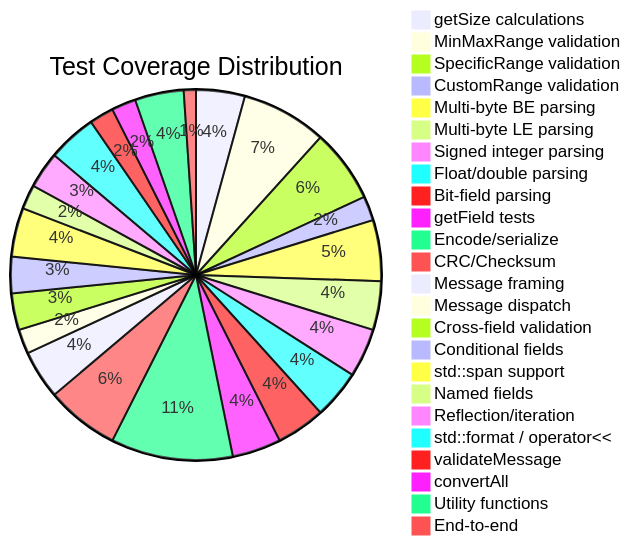
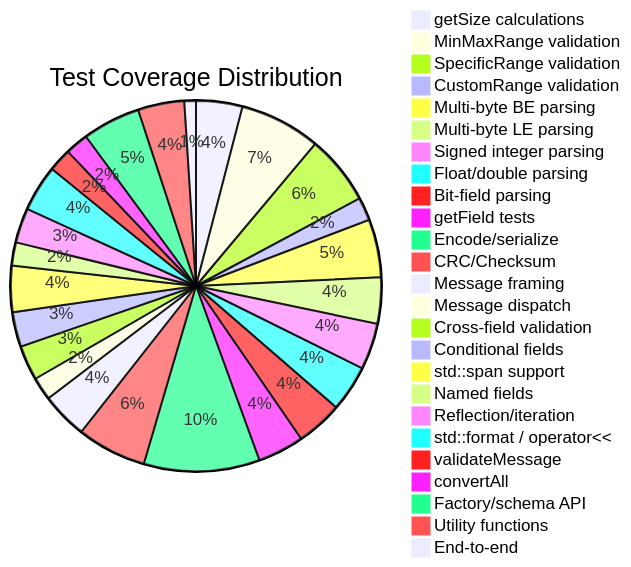
The diagram in docs/testing.rst (StephanKa/TypeSafeMessageParser), drawn with Mermaid before and after one commit. The commit also changed 7 other files, not shown here.

```diff
--- a/docs/testing.rst
+++ b/docs/testing.rst
@@ -12,27 +12,28 @@
 .. mermaid::
 
    pie title Test Coverage Distribution
        "getSize calculations" : 4
        "MinMaxRange validation" : 7
        "SpecificRange validation" : 6
        "CustomRange validation" : 2
        "Multi-byte BE parsing" : 5
        "Multi-byte LE parsing" : 4
        "Signed integer parsing" : 4
        "Float/double parsing" : 4
        "Bit-field parsing" : 4
        "getField tests" : 4
        "Encode/serialize" : 10
        "CRC/Checksum" : 6
        "Message framing" : 4
        "Message dispatch" : 2
        "Cross-field validation" : 3
        "Conditional fields" : 3
        "std::span support" : 4
        "Named fields" : 2
        "Reflection/iteration" : 3
        "std::format / operator<<" : 4
        "validateMessage" : 2
        "convertAll" : 2
+      "Factory/schema API" : 5
        "Utility functions" : 4
        "End-to-end" : 1
```
